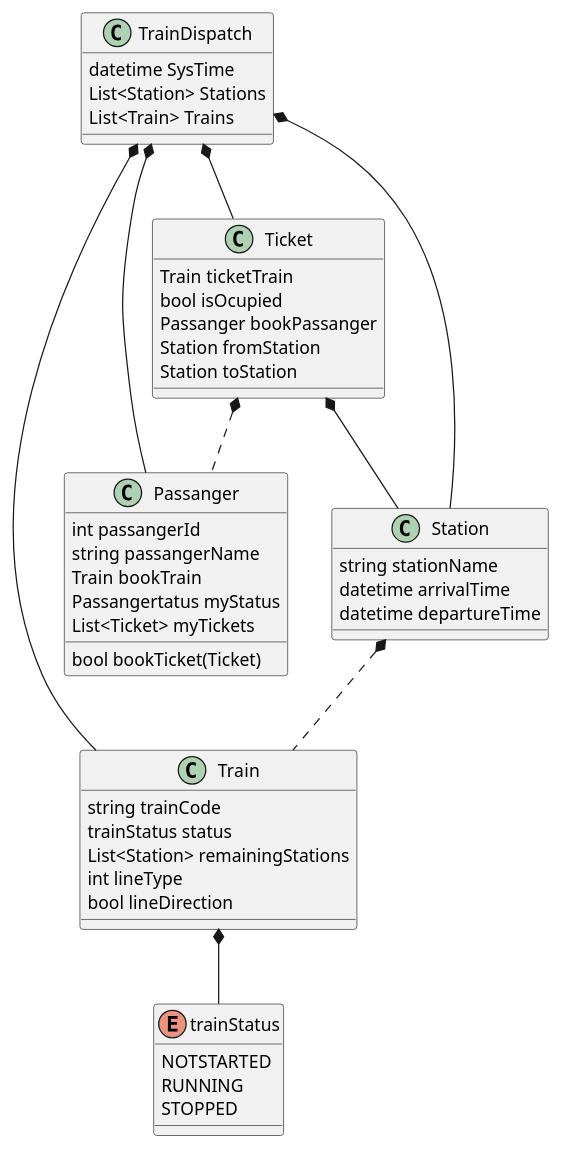
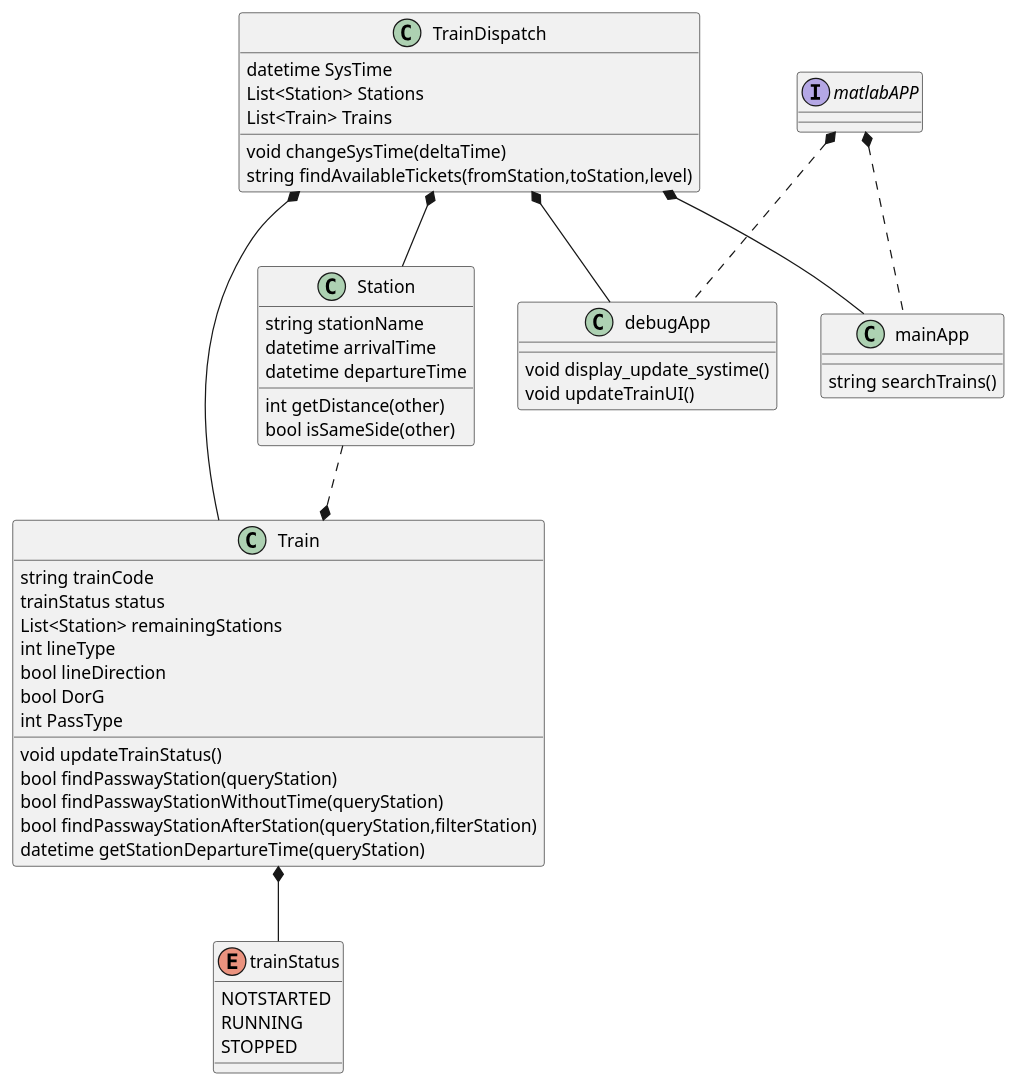
One commit to arnoliudaxia/CS132-12306 changed the diagram in docs/UML/ObjectHire.puml. Above: the diagram before and after it, drawn with PlantUML. The commit also changed 3 other files, not shown here.

```diff
--- a/docs/UML/ObjectHire.puml
+++ b/docs/UML/ObjectHire.puml
@@ -1,66 +1,76 @@
 @startuml
 'https://plantuml.com/class-diagram
 
 class TrainDispatch{
 datetime SysTime
 List<Station> Stations
 List<Train> Trains
+
+void changeSysTime(deltaTime)
+string findAvailableTickets(fromStation,toStation,level)
 }
 
 class Train{
  string trainCode
  trainStatus status
  List<Station> remainingStations
  int lineType
  bool lineDirection
-' List<Passanger> passangers
-}
+ bool DorG
+ int PassType
 
-class Passanger{
-int passangerId
-string passangerName
-Train bookTrain
-Passangertatus myStatus
-List<Ticket> myTickets
+ void updateTrainStatus()
+ bool findPasswayStation(queryStation)
+ bool findPasswayStationWithoutTime(queryStation)
+ bool findPasswayStationAfterStation(queryStation,filterStation)
+ datetime getStationDepartureTime(queryStation)
 
-bool bookTicket(Ticket)
 
 }
 
 class Station{
     string stationName
     datetime arrivalTime
     datetime departureTime
+
+    int getDistance(other)
+    bool isSameSide(other)
 }
 
 TrainDispatch *-- Train
-TrainDispatch *-- Passanger
 TrainDispatch *-- Station
 
-class Ticket{
-    Train ticketTrain
-'    string ticketType
-'    int ticketPrice
-    bool isOcupied
-    Passanger bookPassanger
-    Station fromStation
-    Station toStation
-}
-Station *.. Train
-Ticket *-- Station
-Ticket *.. Passanger
 
-TrainDispatch *-- Ticket
+Station ..* Train
+
+
 
 enum trainStatus{
-    '等待发车
     NOTSTARTED
-    'train is running
     RUNNING
-    'train is stopped
     STOPPED
 }
 
 Train *-- trainStatus
 
+interface matlabAPP{
+
+}
+
+class debugApp{
+    void display_update_systime()
+    void updateTrainUI()
+}
+TrainDispatch *-- debugApp
+matlabAPP *.. debugApp
+
+class mainApp{
+    string searchTrains()
+}
+TrainDispatch *-- mainApp
+matlabAPP *.. mainApp
+
+
+
+
 @enduml
```
